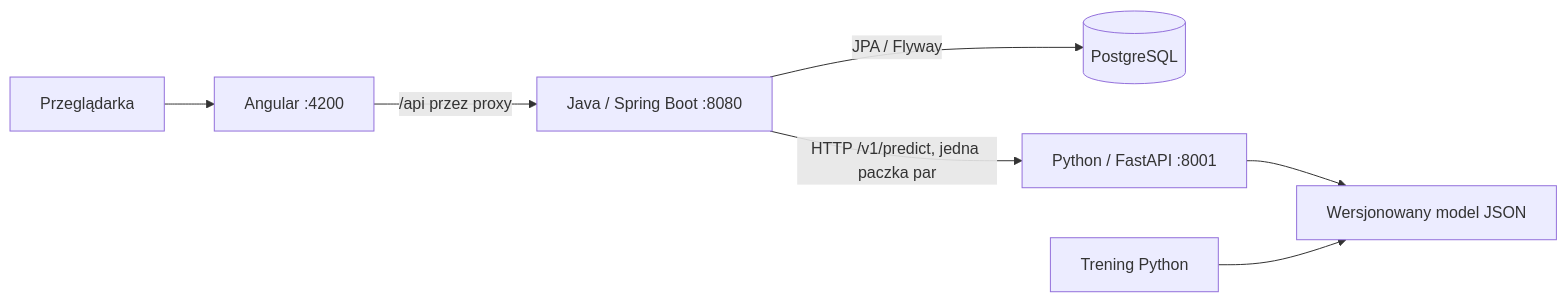
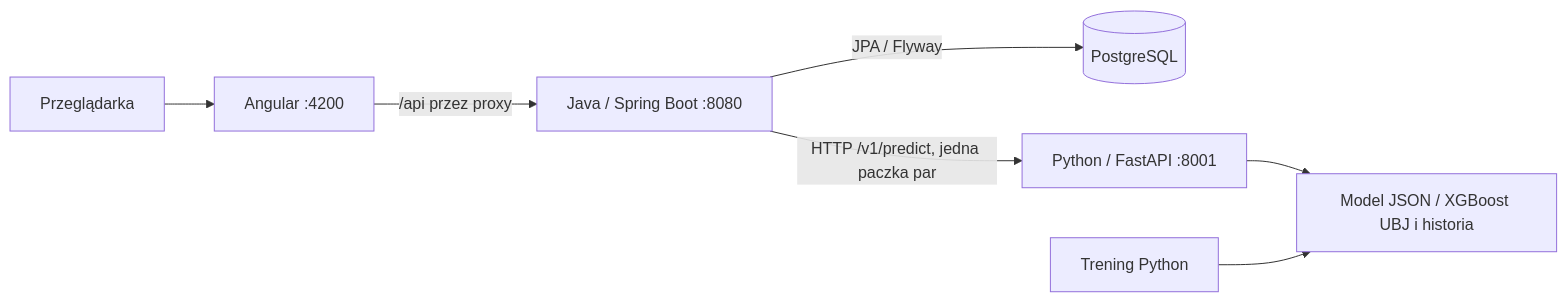
The diagram in docs/ARCHITECTURE.md (igakujawska/PredicTenniz), drawn with Mermaid before and after one commit. The commit also changed other lines of this file and 4 other files, not shown here.

````diff
--- a/docs/ARCHITECTURE.md
+++ b/docs/ARCHITECTURE.md
@@ -5,9 +5,9 @@
 ```mermaid
 flowchart LR
     U[Przeglądarka] --> A[Angular :4200]
     A -->|/api przez proxy| J[Java / Spring Boot :8080]
     J -->|JPA / Flyway| D[(PostgreSQL)]
     J -->|HTTP /v1/predict, jedna paczka par| P[Python / FastAPI :8001]
-    P --> M[Wersjonowany model JSON]
+    P --> M[Model JSON / XGBoost UBJ i historia]
     T[Trening Python] --> M
 ```
````
